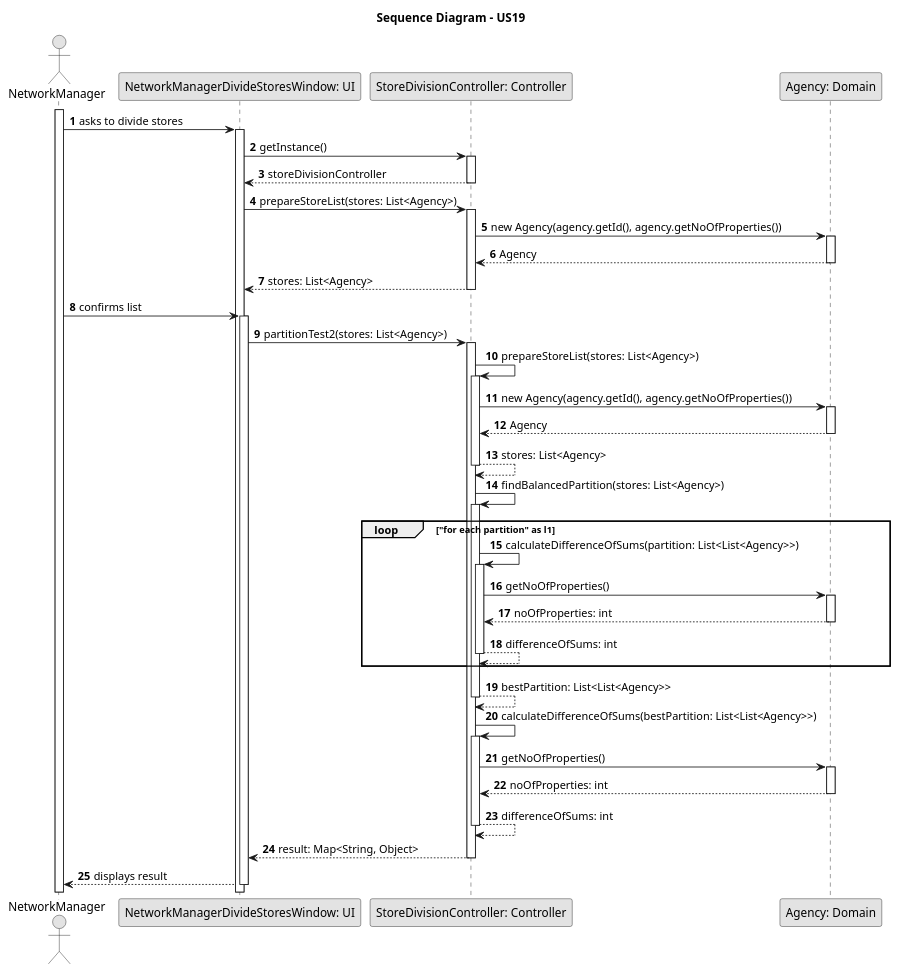
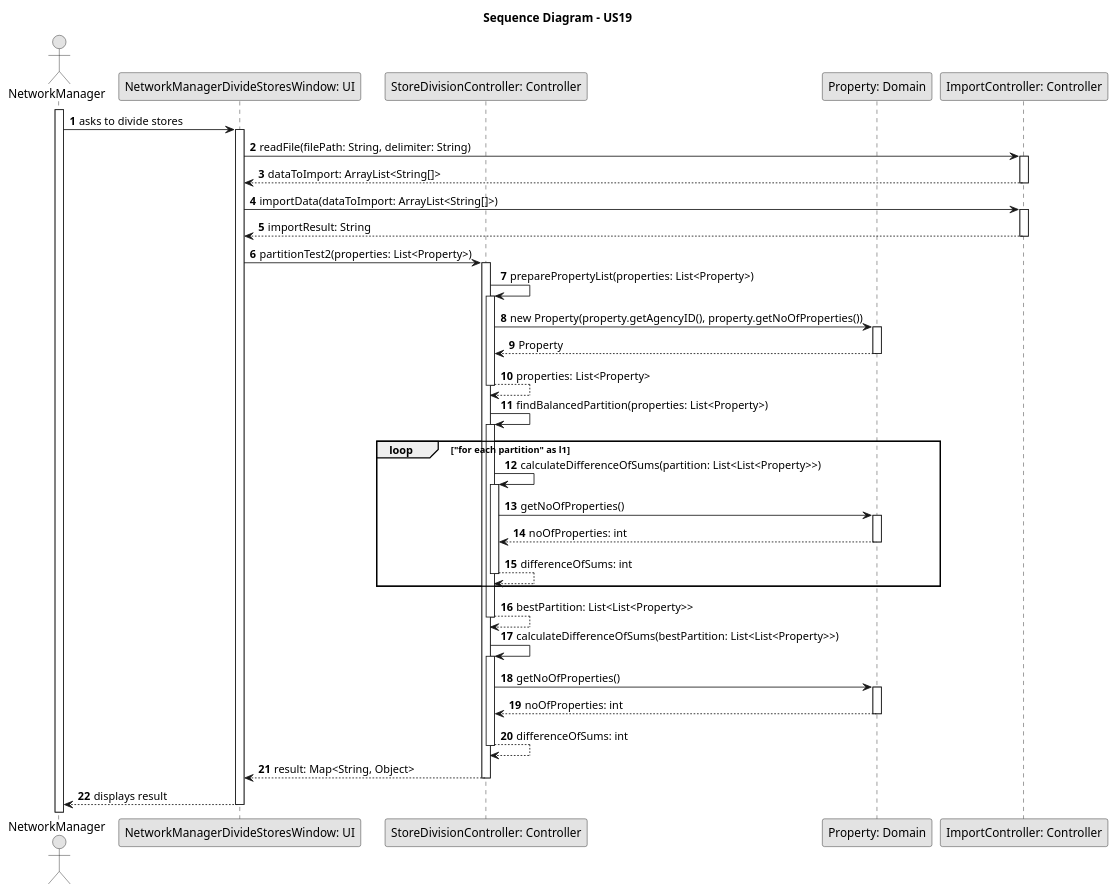
The diagram in docs/sprintD/us019/03.design/puml/us019-sequence-diagram-full.puml (Goncalves2525/real-estate-management-system), drawn with PlantUML before and after one commit. The commit also changed 6 other files, not shown here.

Commit message:
Us19 class diagram, sd and ssd update

```diff
--- a/docs/sprintD/us019/03.design/puml/us019-sequence-diagram-full.puml
+++ b/docs/sprintD/us019/03.design/puml/us019-sequence-diagram-full.puml
@@ -1,83 +1,74 @@
 @startuml
 skinparam monochrome true
 skinparam packageStyle rectangle
 skinparam shadowing false
 
 title Sequence Diagram - US19
 
-
 autonumber
 
 actor "NetworkManager" as NetworkManager
 participant "NetworkManagerDivideStoresWindow: UI" as UI
 participant "StoreDivisionController: Controller" as Controller
-participant "Agency: Domain" as Agency
+participant "Property: Domain" as Property
+participant "ImportController: Controller" as ImportController
 
 activate NetworkManager
 
 NetworkManager -> UI : asks to divide stores
 activate UI
 
-UI -> Controller: getInstance()
+UI -> ImportController : readFile(filePath: String, delimiter: String)
+activate ImportController
+
+ImportController --> UI : dataToImport: ArrayList<String[]>
+deactivate ImportController
+
+UI -> ImportController : importData(dataToImport: ArrayList<String[]>)
+activate ImportController
+ImportController --> UI : importResult: String
+deactivate ImportController
+
+UI -> Controller : partitionTest2(properties: List<Property>)
 activate Controller
 
-Controller --> UI : storeDivisionController
+Controller -> Controller: preparePropertyList(properties: List<Property>)
+activate Controller
+Controller -> Property: new Property(property.getAgencyID(), property.getNoOfProperties())
+activate Property
+Property --> Controller: Property
+deactivate Property
+Controller --> Controller: properties: List<Property>
 deactivate Controller
 
-UI -> Controller : prepareStoreList(stores: List<Agency>)
-activate Controller
-
-Controller -> Agency: new Agency(agency.getId(), agency.getNoOfProperties())
-activate Agency
-Agency --> Controller: Agency
-deactivate Agency
-
-Controller --> UI: stores: List<Agency>
-deactivate Controller
-
-NetworkManager -> UI : confirms list
-activate UI
-
-UI -> Controller : partitionTest2(stores: List<Agency>)
-activate Controller
-
-Controller -> Controller: prepareStoreList(stores: List<Agency>)
-activate Controller
-Controller -> Agency: new Agency(agency.getId(), agency.getNoOfProperties())
-activate Agency
-Agency --> Controller: Agency
-deactivate Agency
-Controller --> Controller: stores: List<Agency>
-deactivate Controller
-
-Controller -> Controller: findBalancedPartition(stores: List<Agency>)
+Controller -> Controller: findBalancedPartition(properties: List<Property>)
 activate Controller
 loop "for each partition" as l1
-Controller -> Controller: calculateDifferenceOfSums(partition: List<List<Agency>>)
+Controller -> Controller: calculateDifferenceOfSums(partition: List<List<Property>>)
 activate Controller
-Controller -> Agency: getNoOfProperties()
-activate Agency
-Agency --> Controller: noOfProperties: int
-deactivate Agency
+Controller -> Property: getNoOfProperties()
+activate Property
+Property --> Controller: noOfProperties: int
+deactivate Property
 Controller --> Controller: differenceOfSums: int
 deactivate Controller
 end
-Controller --> Controller: bestPartition: List<List<Agency>>
+Controller --> Controller: bestPartition: List<List<Property>>
 deactivate Controller
 
-Controller -> Controller: calculateDifferenceOfSums(bestPartition: List<List<Agency>>)
+Controller -> Controller: calculateDifferenceOfSums(bestPartition: List<List<Property>>)
 activate Controller
-Controller -> Agency: getNoOfProperties()
-activate Agency
-Agency --> Controller: noOfProperties: int
-deactivate Agency
+Controller -> Property: getNoOfProperties()
+activate Property
+Property --> Controller: noOfProperties: int
+deactivate Property
 Controller --> Controller: differenceOfSums: int
 deactivate Controller
 
 Controller --> UI: result: Map<String, Object>
 deactivate Controller
 
 UI --> NetworkManager : displays result
 deactivate UI
 
 @enduml
```
